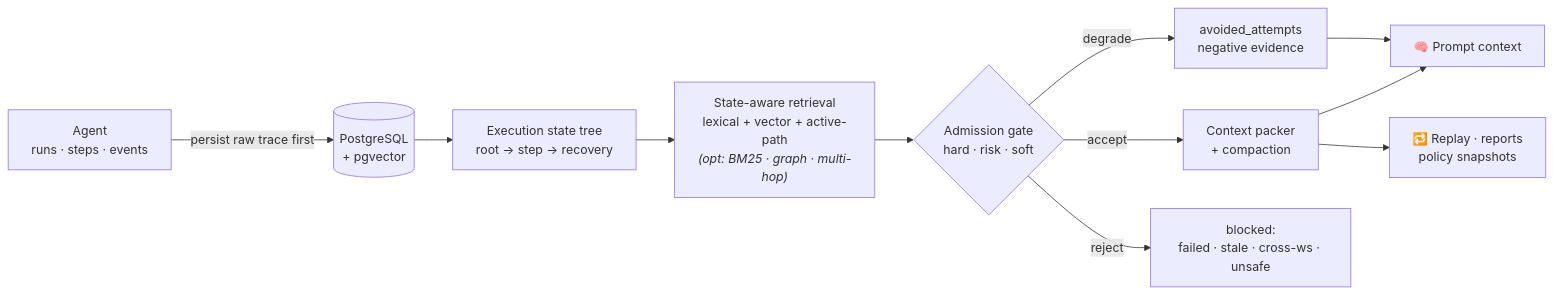
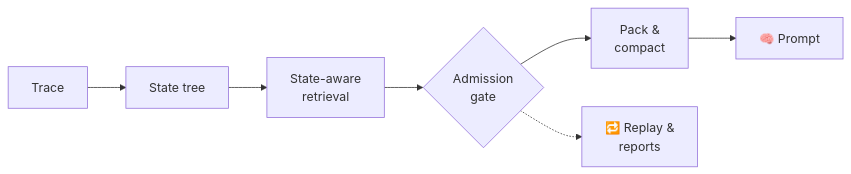
Before and after one commit to MicroYui/mem-trace: the diagram in README.md, drawn with Mermaid. The commit also changed other lines of this file and 1 other file, not shown here.

````diff
--- a/README.md
+++ b/README.md
@@ -56,13 +152,5 @@
 ```mermaid
 flowchart LR
-    A["Agent<br/>runs · steps · events"] -->|persist raw trace first| B[("PostgreSQL<br/>+ pgvector")]
-    B --> C["Execution state tree<br/>root → step → recovery"]
-    C --> D["State-aware retrieval<br/>lexical + vector + active-path<br/><i>(opt: BM25 · graph · multi-hop)</i>"]
-    D --> E{"Admission gate<br/>hard · risk · soft"}
-    E -->|accept| F["Context packer<br/>+ compaction"]
-    E -->|degrade| G["avoided_attempts<br/>negative evidence"]
-    E -->|reject| H["blocked:<br/>failed · stale · cross-ws · unsafe"]
-    F --> I["🧠 Prompt context"]
-    G --> I
-    F --> J["🔁 Replay · reports<br/>policy snapshots"]
+    A[Trace] --> B[State tree] --> C[State-aware<br/>retrieval] --> D{Admission<br/>gate} --> E[Pack &<br/>compact] --> F[🧠 Prompt]
+    D -.-> R[🔁 Replay &<br/>reports]
 ```
````
